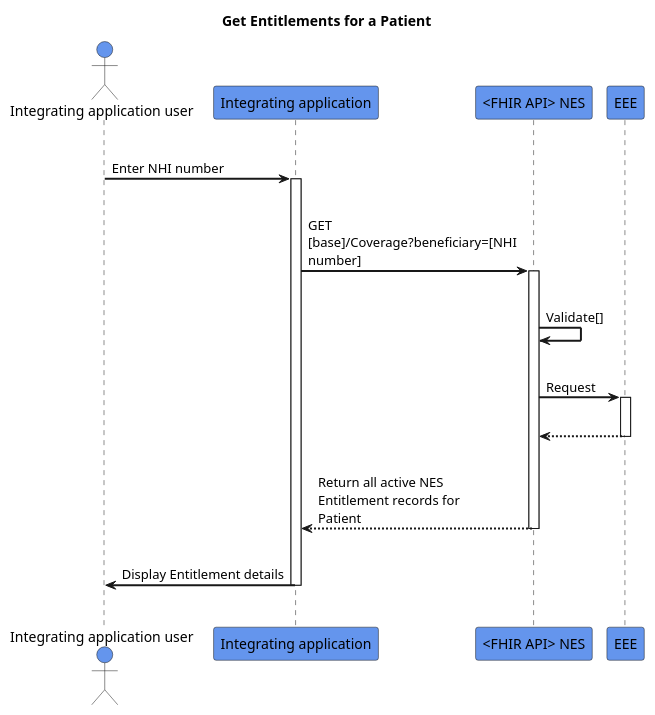
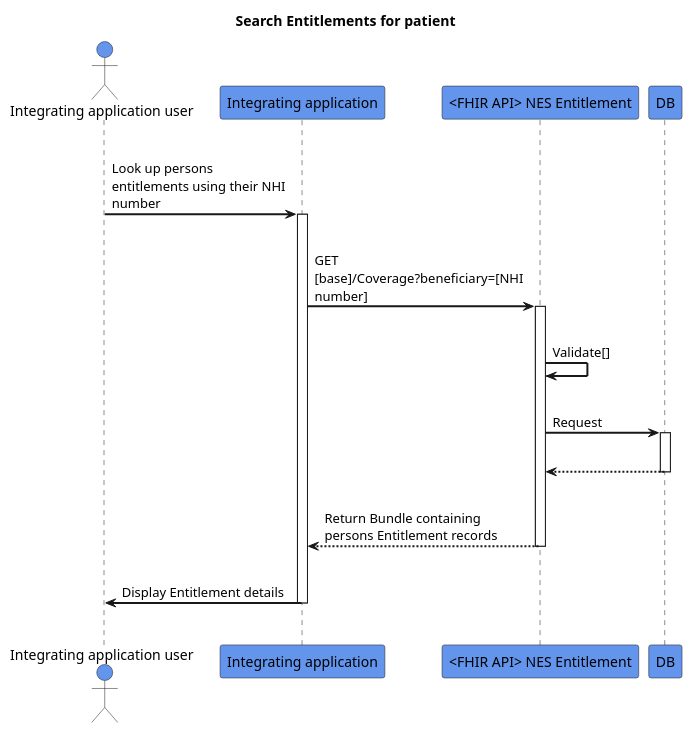
One commit to HL7NZ/nes-ig changed the diagram in input/images-source/search-entitlement.plantuml. Above: the diagram before and after it, drawn with PlantUML.

```diff
--- a/input/images-source/search-entitlement.plantuml
+++ b/input/images-source/search-entitlement.plantuml
@@ -1,32 +1,32 @@
 @startuml
 skinparam sequenceArrowThickness 2
 skinparam roundcorner 5
 skinparam maxmessagesize 180
 skinparam sequenceParticipant bold
-title Get Entitlements for a Patient
+title Search Entitlements for patient
 actor "Integrating application user" as User #CornflowerBlue
 participant "Integrating application" as A #CornflowerBlue
-participant "<FHIR API> NES" as B #CornflowerBlue
-participant "EEE" as C #CornflowerBlue
+participant "<FHIR API> NES Entitlement" as B #CornflowerBlue
+participant "DB" as C #CornflowerBlue
 |||
-User -> A: Enter NHI number
+User -> A: Look up persons entitlements using their NHI number
 activate A
 |||
 A -> B: GET [base]/Coverage?beneficiary=[NHI number]
 activate B
 |||
 B -> B: Validate[]
 |||
 B -> C: Request
 activate C
 |||
 C -[dashed]-> B:  
 deactivate C
 |||
-B -[dashed]-> A :Return all active NES Entitlement records for Patient 
+B -[dashed]-> A :Return Bundle containing persons Entitlement records
 deactivate B
 |||
 A -> User: Display Entitlement details
 deactivate A
 |||
 @enduml
```
